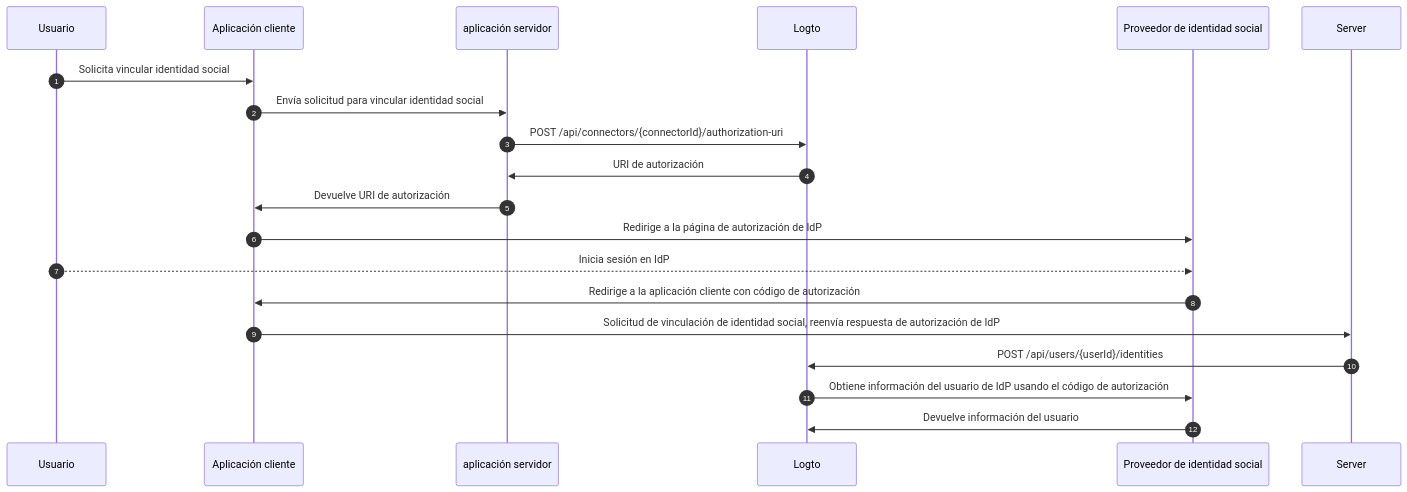
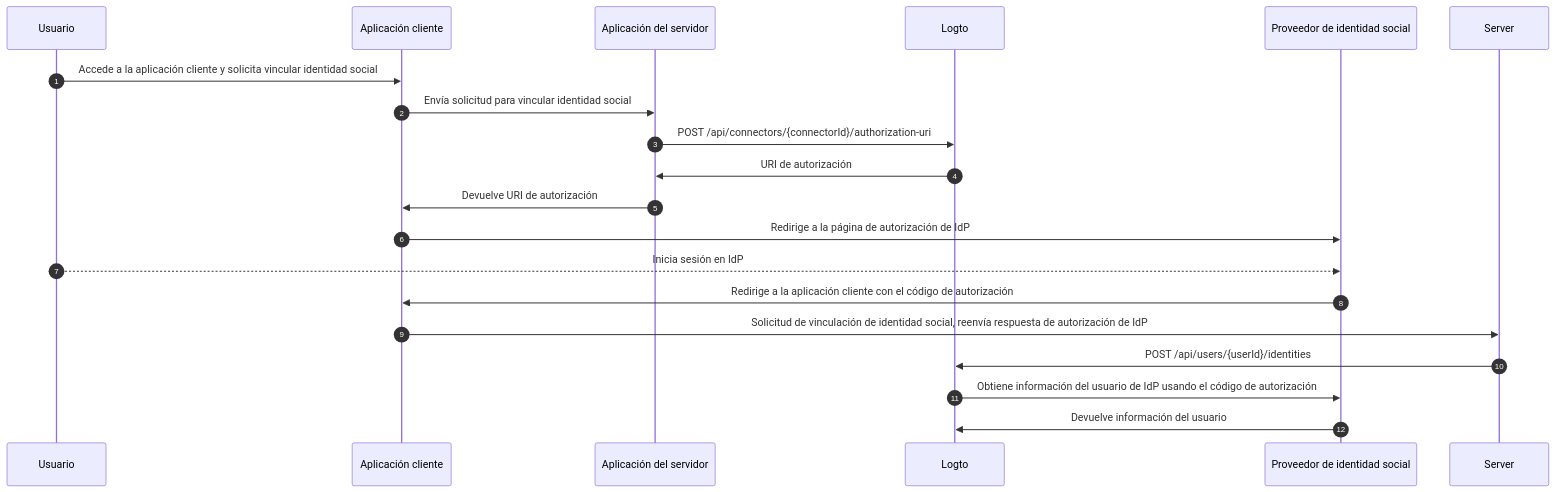
One commit to logto-io/docs changed the third of 3 diagrams in i18n/es/docusaurus-plugin-content-docs/current/end-user-flows/account-settings/by-management-api.mdx. Above: the diagram before and after it, drawn with Mermaid. The commit also changed other lines of this file and 102 other files, not shown here.

````diff
--- a/i18n/es/docusaurus-plugin-content-docs/current/end-user-flows/account-settings/by-management-api.mdx
+++ b/i18n/es/docusaurus-plugin-content-docs/current/end-user-flows/account-settings/by-management-api.mdx
@@ -120,22 +120,22 @@
 ```mermaid
 sequenceDiagram
     autoNumber
     participant User as Usuario
     participant Client as Aplicación cliente
-    participant App as aplicación servidor
+    participant App as Aplicación del servidor
     participant Logto as Logto
     participant IdP as Proveedor de identidad social
 
-    User ->> Client: Solicita vincular identidad social
+    User ->> Client: Accede a la aplicación cliente y solicita vincular identidad social
     Client ->> App: Envía solicitud para vincular identidad social
     App ->> Logto: POST /api/connectors/{connectorId}/authorization-uri
     Logto ->> App: URI de autorización
     App ->> Client: Devuelve URI de autorización
     Client ->> IdP: Redirige a la página de autorización de IdP
     User -->> IdP: Inicia sesión en IdP
-    IdP ->> Client: Redirige a la aplicación cliente con código de autorización
+    IdP ->> Client: Redirige a la aplicación cliente con el código de autorización
     Client ->> Server: Solicitud de vinculación de identidad social, reenvía respuesta de autorización de IdP
     Server ->> Logto: POST /api/users/{userId}/identities
     Logto ->> IdP: Obtiene información del usuario de IdP usando el código de autorización
     IdP ->> Logto: Devuelve información del usuario
 ```
````
